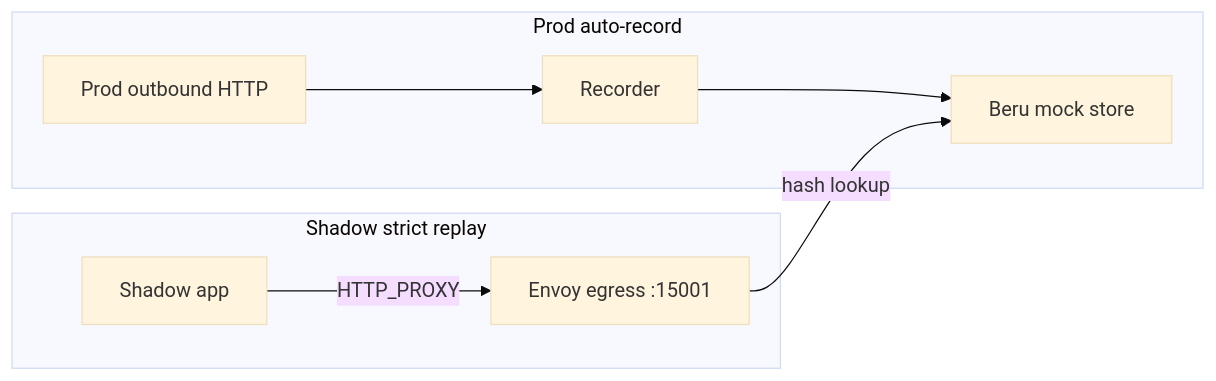
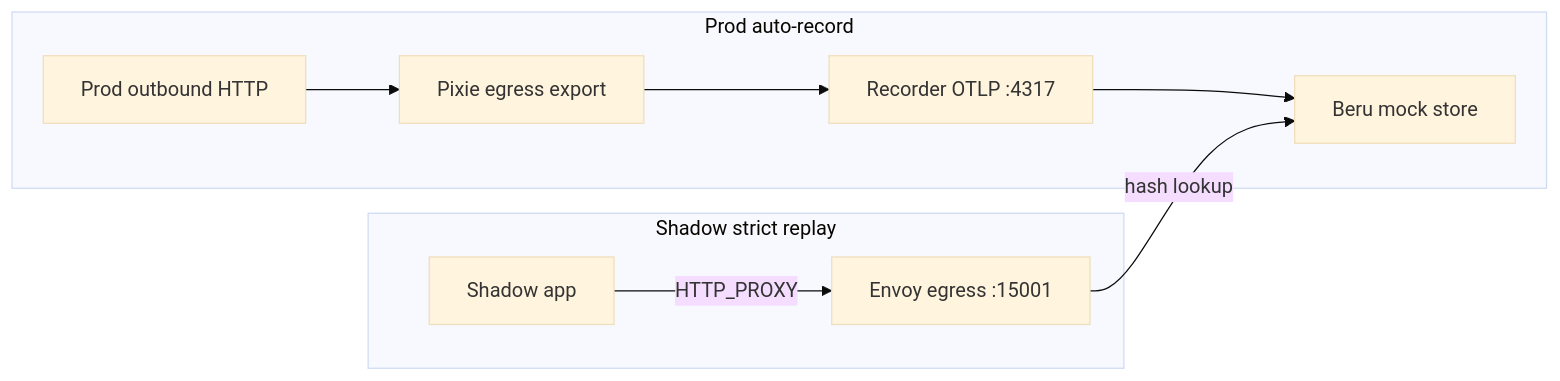
One commit to nederrgo/shadow-diff changed the fourth of 5 diagrams in docs/architecture/ARCHITECTURE.md. Above: the diagram before and after it, drawn with Mermaid (base theme). The commit also changed other lines of this file and 5 other files, not shown here.

````diff
--- a/docs/architecture/ARCHITECTURE.md
+++ b/docs/architecture/ARCHITECTURE.md
@@ -298,16 +310,18 @@
 ```mermaid
 flowchart LR
   subgraph record [Prod auto-record]
     ProdOut[Prod outbound HTTP]
-    RecorderSvc[Recorder]
+    PixieEgr[Pixie egress export]
+    RecorderSvc[Recorder OTLP :4317]
     BeruStore[Beru mock store]
-    ProdOut --> RecorderSvc
+    ProdOut --> PixieEgr
+    PixieEgr --> RecorderSvc
     RecorderSvc --> BeruStore
   end
   subgraph replay [Shadow strict replay]
     ShadowApp[Shadow app]
     EgrEnv[Envoy egress :15001]
     ShadowApp -->|HTTP_PROXY| EgrEnv
     EgrEnv -->|hash lookup| BeruStore
   end
 ```
````
